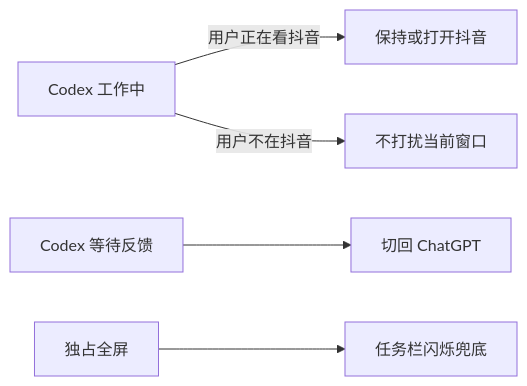
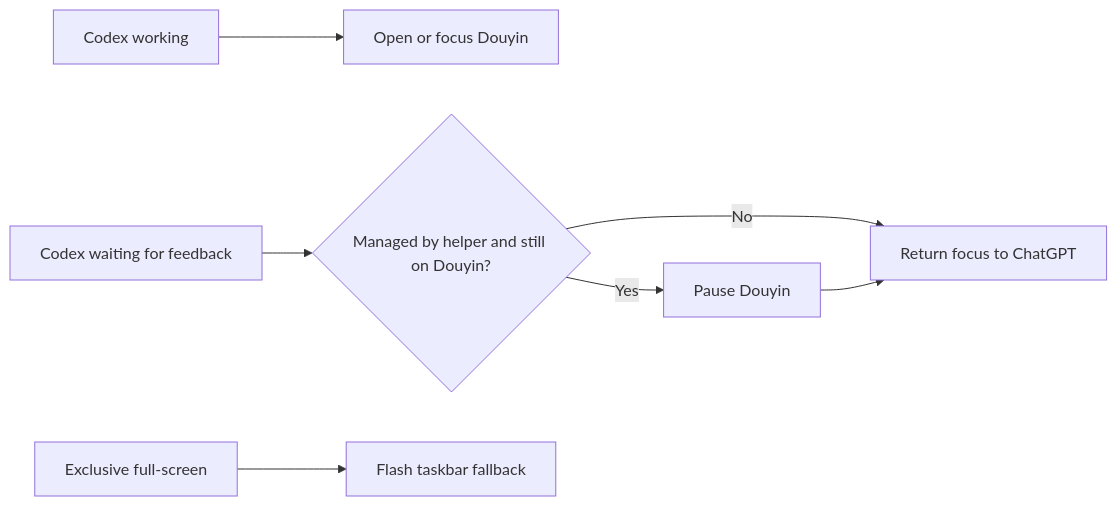
The diagram in README_EN.md (tobyberry666/codex-douyin-windows), drawn with Mermaid before and after one commit. The commit also changed other lines of this file and 1 other file, not shown here.

Commit message:
docs: align focus flow with current behavior

````diff
--- a/README_EN.md
+++ b/README_EN.md
@@ -19,7 +19,9 @@
 ```mermaid
 flowchart LR
-  A[Codex 工作中] -->|用户正在看抖音| B[保持或打开抖音]
-  A -->|用户不在抖音| C[不打扰当前窗口]
-  D[Codex 等待反馈] --> E[切回 ChatGPT]
-  F[独占全屏] --> G[任务栏闪烁兜底]
+  A[Codex working] --> B[Open or focus Douyin]
+  C[Codex waiting for feedback] --> D{Managed by helper and still on Douyin?}
+  D -->|Yes| E[Pause Douyin]
+  D -->|No| F[Return focus to ChatGPT]
+  E --> F
+  G[Exclusive full-screen] --> H[Flash taskbar fallback]
 ```
````
